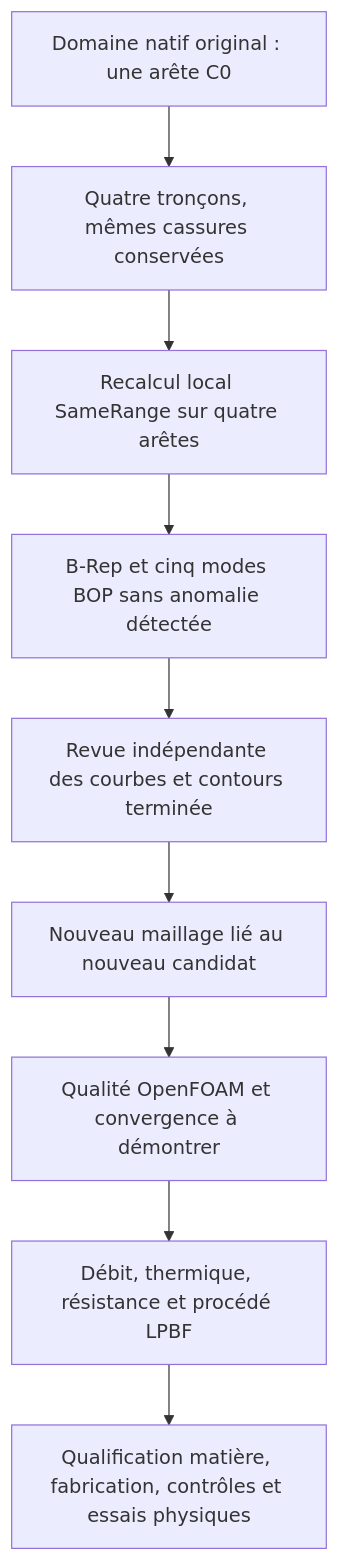
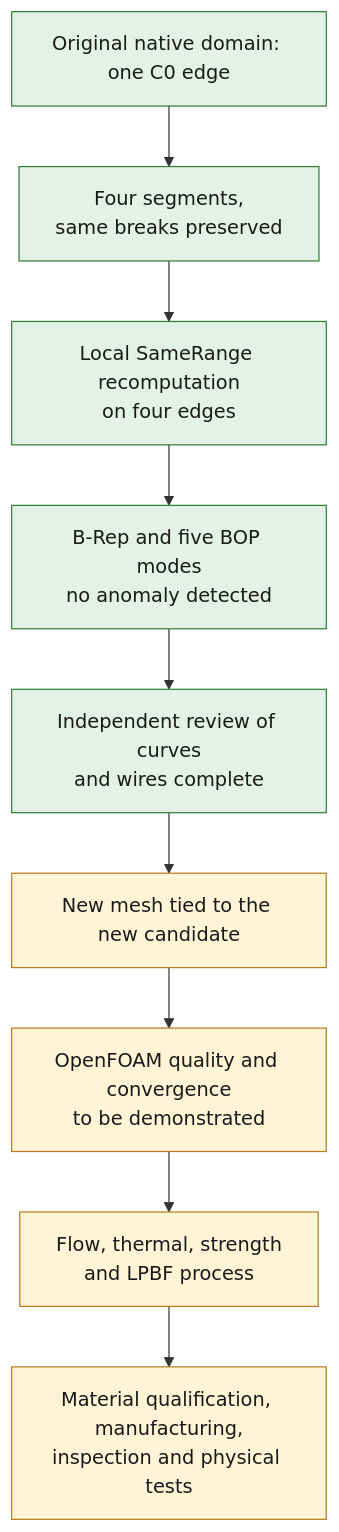
The diagram in docs/reports/M64_CORRECTIONS_NATIVES_20260908.md (cluster2600/porscheparts), drawn with Mermaid before and after one commit. The commit also changed other lines of this file and 228 other files, not shown here.

````diff
--- a/docs/reports/M64_CORRECTIONS_NATIVES_20260908.md
+++ b/docs/reports/M64_CORRECTIONS_NATIVES_20260908.md
@@ -96,11 +96,15 @@
 ```mermaid
 flowchart TD
-    A["Domaine natif original : une arête C0"] --> B["Quatre tronçons, mêmes cassures conservées"]
-    B --> C["Recalcul local SameRange sur quatre arêtes"]
-    C --> D["B-Rep et cinq modes BOP sans anomalie détectée"]
-    D --> E["Revue indépendante des courbes et contours terminée"]
-    E --> F["Nouveau maillage lié au nouveau candidat"]
-    F --> G["Qualité OpenFOAM et convergence à démontrer"]
-    G --> H["Débit, thermique, résistance et procédé LPBF"]
-    H --> I["Qualification matière, fabrication, contrôles et essais physiques"]
+    A["Original native domain: one C0 edge"] --> B["Four segments,<br/>same breaks preserved"]
+    B --> C["Local SameRange recomputation<br/>on four edges"]
+    C --> D["B-Rep and five BOP modes<br/>no anomaly detected"]
+    D --> E["Independent review of curves<br/>and wires complete"]
+    E --> F["New mesh tied to the new candidate"]
+    F --> G["OpenFOAM quality and convergence<br/>to be demonstrated"]
+    G --> H["Flow, thermal, strength<br/>and LPBF process"]
+    H --> I["Material qualification, manufacturing,<br/>inspection and physical tests"]
+    classDef ok fill:#e3f1e6,stroke:#2e7d32,color:#1a1a1a;
+    classDef open fill:#fff4d6,stroke:#b7791f,color:#1a1a1a;
+    class A,B,C,D,E ok;
+    class F,G,H,I open;
 ```
````
